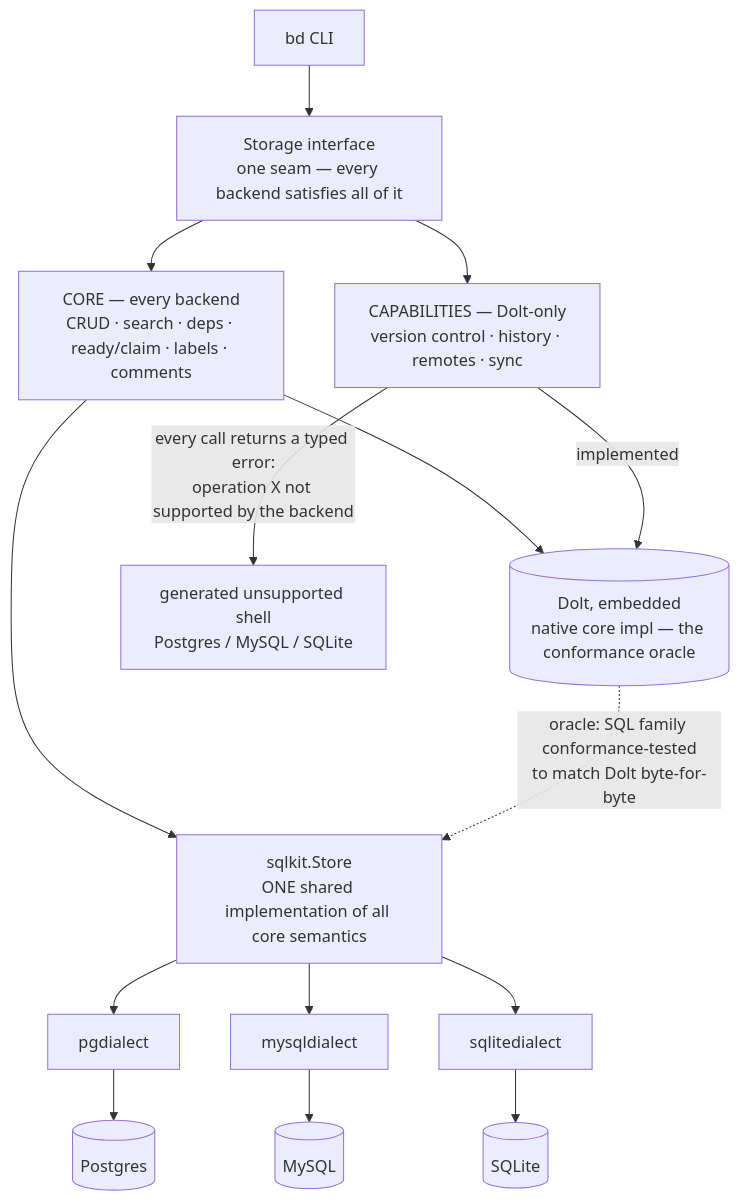
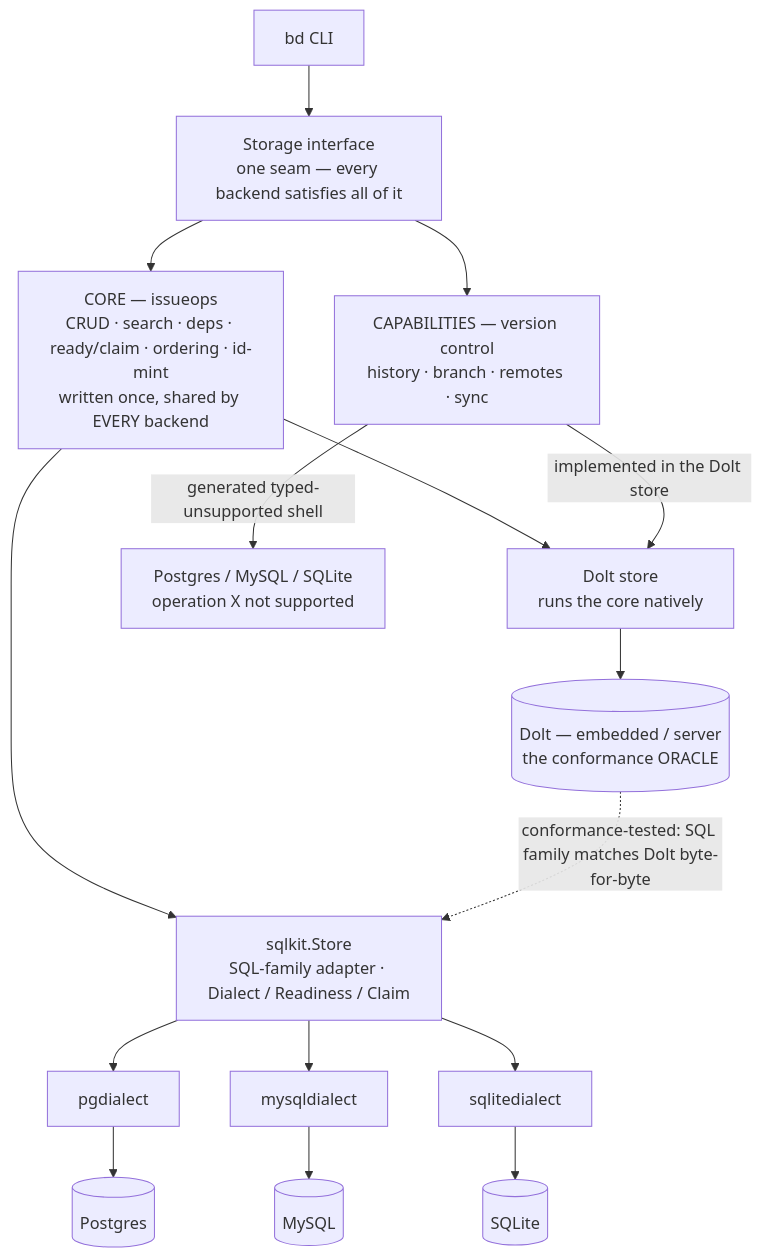
One commit to Angel-O/beads changed the diagram in docs/STORAGE-BACKENDS.md. Above: the diagram before and after it, drawn with Mermaid. The commit also changed other lines of this file, not shown here.

First line of the commit message:
docs(backends): fix the core-vs-capabilities diagram — issueops is the shared core

````diff
--- a/docs/STORAGE-BACKENDS.md
+++ b/docs/STORAGE-BACKENDS.md
@@ -7,19 +7,20 @@
 ```mermaid
 flowchart TD
     CLI["bd CLI"] --> SEAM["Storage interface<br/>one seam — every backend satisfies all of it"]
 
-    SEAM --> CORE["CORE — every backend<br/>CRUD · search · deps · ready/claim · labels · comments"]
-    SEAM --> CAPS["CAPABILITIES — Dolt-only<br/>version control · history · remotes · sync"]
+    SEAM --> CORE["CORE — issueops<br/>CRUD · search · deps · ready/claim · ordering · id-mint<br/>written once, shared by EVERY backend"]
+    SEAM --> CAPS["CAPABILITIES — version control<br/>history · branch · remotes · sync"]
 
-    CORE --> DOLT[("Dolt, embedded<br/>native core impl — the conformance oracle")]
-    CORE --> KIT["sqlkit.Store<br/>ONE shared implementation of all core semantics"]
+    CORE --> DS["Dolt store<br/>runs the core natively"]
+    CORE --> KIT["sqlkit.Store<br/>SQL-family adapter · Dialect / Readiness / Claim"]
 
+    DS --> DOLT[("Dolt — embedded / server<br/>the conformance ORACLE")]
     KIT --> PGD["pgdialect"] --> PG[("Postgres")]
     KIT --> MYD["mysqldialect"] --> MY[("MySQL")]
     KIT --> LTD["sqlitedialect"] --> LT[("SQLite")]
 
-    CAPS -->|"implemented"| DOLT
-    CAPS -->|"every call returns a typed error:<br/>operation X not supported by the backend"| SHELL["generated unsupported shell<br/>Postgres / MySQL / SQLite"]
+    CAPS -->|"implemented in the Dolt store"| DS
+    CAPS -->|"generated typed-unsupported shell"| SHELL["Postgres / MySQL / SQLite<br/>operation X not supported"]
 
-    DOLT -. "oracle: SQL family conformance-tested<br/>to match Dolt byte-for-byte" .-> KIT
+    DOLT -. "conformance-tested: SQL family matches Dolt byte-for-byte" .-> KIT
 ```
````
